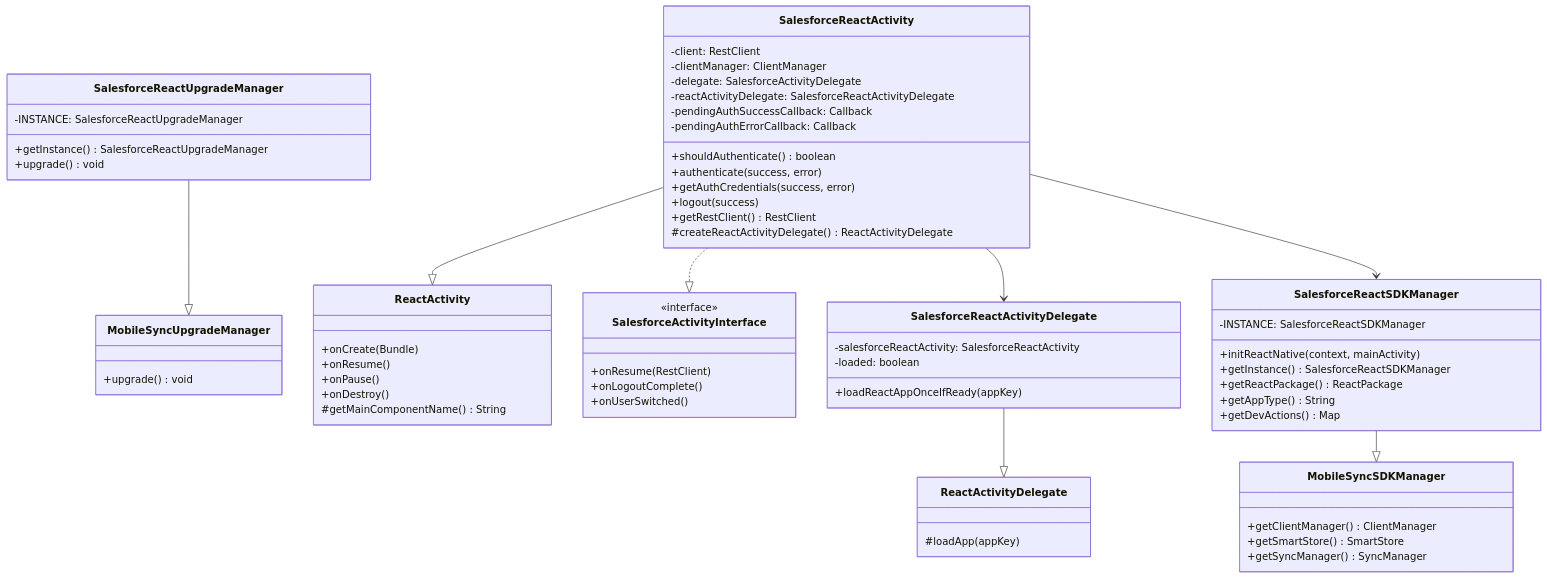
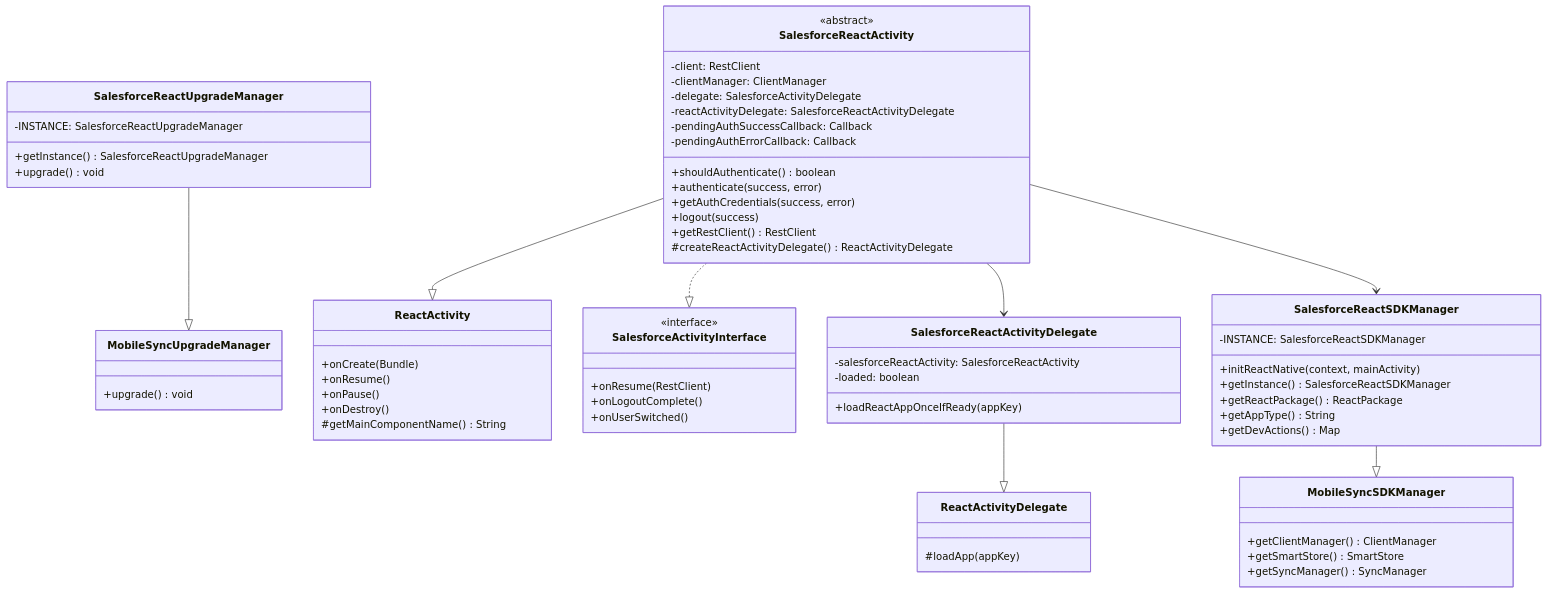
Before and after one commit to wmathurin/SalesforceMobileSDK-Android: the third of 12 diagrams in docs/salesforcereact/ARCHITECTURE.md, drawn with Mermaid. The commit also changed 2 other files, not shown here.

First paragraph of the commit message:
Fix accuracy issues in SalesforceReact documentation
Fixes identified during documentation review:

````diff
--- a/docs/salesforcereact/ARCHITECTURE.md
+++ b/docs/salesforcereact/ARCHITECTURE.md
@@ -161,75 +161,76 @@
 ```mermaid
 classDiagram
     class SalesforceReactSDKManager {
         -INSTANCE: SalesforceReactSDKManager
         +initReactNative(context, mainActivity)
         +getInstance() SalesforceReactSDKManager
         +getReactPackage() ReactPackage
         +getAppType() String
         +getDevActions() Map
     }
     
     class MobileSyncSDKManager {
         +getClientManager() ClientManager
         +getSmartStore() SmartStore
         +getSyncManager() SyncManager
     }
     
     class SalesforceReactUpgradeManager {
         -INSTANCE: SalesforceReactUpgradeManager
         +getInstance() SalesforceReactUpgradeManager
         +upgrade() void
     }
     
     class MobileSyncUpgradeManager {
         +upgrade() void
     }
     
     class SalesforceReactActivity {
+        <<abstract>>
         -client: RestClient
         -clientManager: ClientManager
         -delegate: SalesforceActivityDelegate
         -reactActivityDelegate: SalesforceReactActivityDelegate
         -pendingAuthSuccessCallback: Callback
         -pendingAuthErrorCallback: Callback
         +shouldAuthenticate() boolean
         +authenticate(success, error)
         +getAuthCredentials(success, error)
         +logout(success)
         +getRestClient() RestClient
         #createReactActivityDelegate() ReactActivityDelegate
     }
     
     class ReactActivity {
         +onCreate(Bundle)
         +onResume()
         +onPause()
         +onDestroy()
         #getMainComponentName() String
     }
     
     class SalesforceActivityInterface {
         <<interface>>
         +onResume(RestClient)
         +onLogoutComplete()
         +onUserSwitched()
     }
     
     class SalesforceReactActivityDelegate {
         -salesforceReactActivity: SalesforceReactActivity
         -loaded: boolean
         +loadReactAppOnceIfReady(appKey)
     }
     
     class ReactActivityDelegate {
         #loadApp(appKey)
     }
     
     SalesforceReactSDKManager --|> MobileSyncSDKManager
     SalesforceReactUpgradeManager --|> MobileSyncUpgradeManager
     SalesforceReactActivity --|> ReactActivity
     SalesforceReactActivity ..|> SalesforceActivityInterface
     SalesforceReactActivityDelegate --|> ReactActivityDelegate
     SalesforceReactActivity --> SalesforceReactActivityDelegate
     SalesforceReactActivity --> SalesforceReactSDKManager
 ```
````
